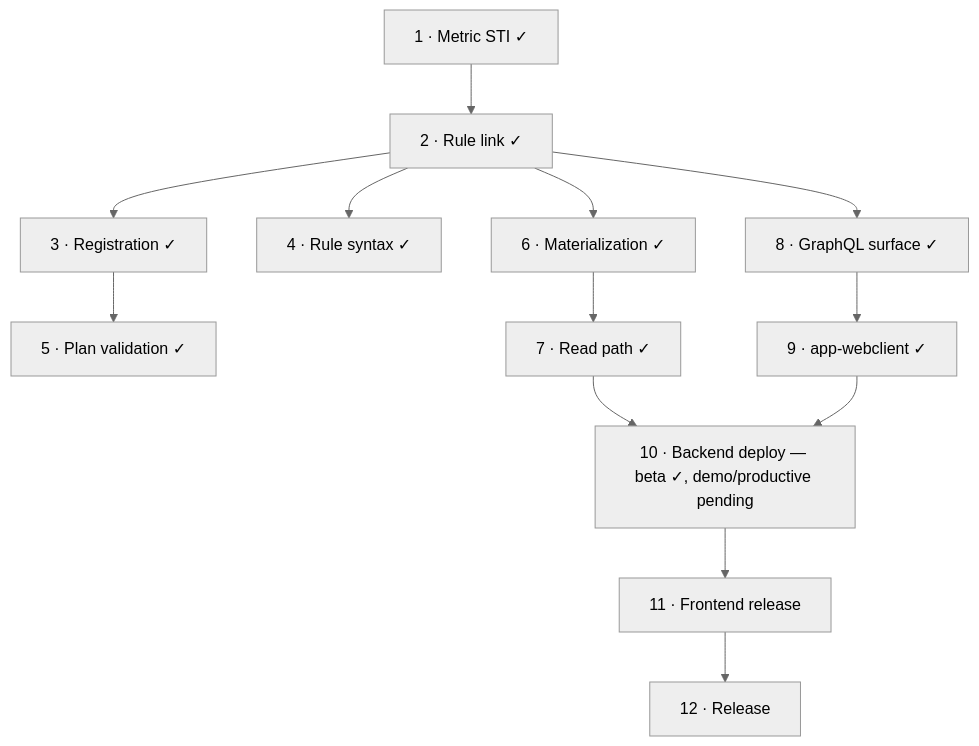
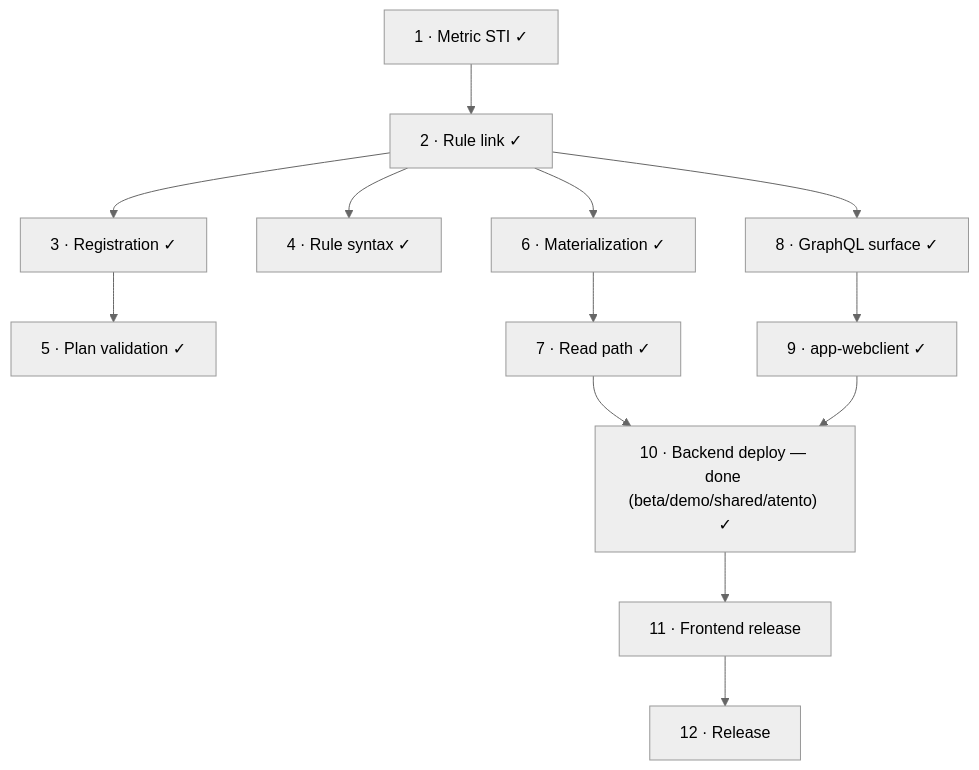
The second of 2 diagrams in active/app/output-variables/PLAN.md (plribeiro3000/dot-claude-plans), drawn with Mermaid (neutral theme) before and after one commit. The commit also changed other lines of this file and 8 other files, not shown here.

````diff
--- a/active/app/output-variables/PLAN.md
+++ b/active/app/output-variables/PLAN.md
@@ -639,15 +677,15 @@
 ```mermaid
 graph TD
   1["1 · Metric STI ✓"] --> 2["2 · Rule link ✓"]
   2 --> 3["3 · Registration ✓"]
   3 --> 5["5 · Plan validation ✓"]
   2 --> 4["4 · Rule syntax ✓"]
   2 --> 6["6 · Materialization ✓"]
   6 --> 7["7 · Read path ✓"]
   2 --> 8["8 · GraphQL surface ✓"]
   8 --> 9["9 · app-webclient ✓"]
-  7 --> 10["10 · Backend deploy — beta ✓, demo/productive pending"]
+  7 --> 10["10 · Backend deploy — done (beta/demo/shared/atento) ✓"]
   9 --> 10
   10 --> 11["11 · Frontend release"]
   11 --> 12["12 · Release"]
 ```
````
